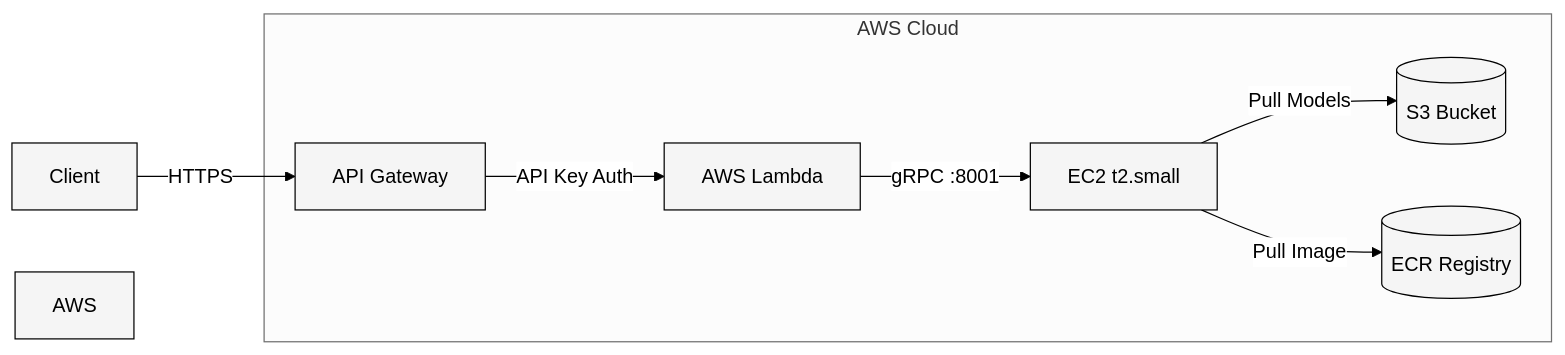
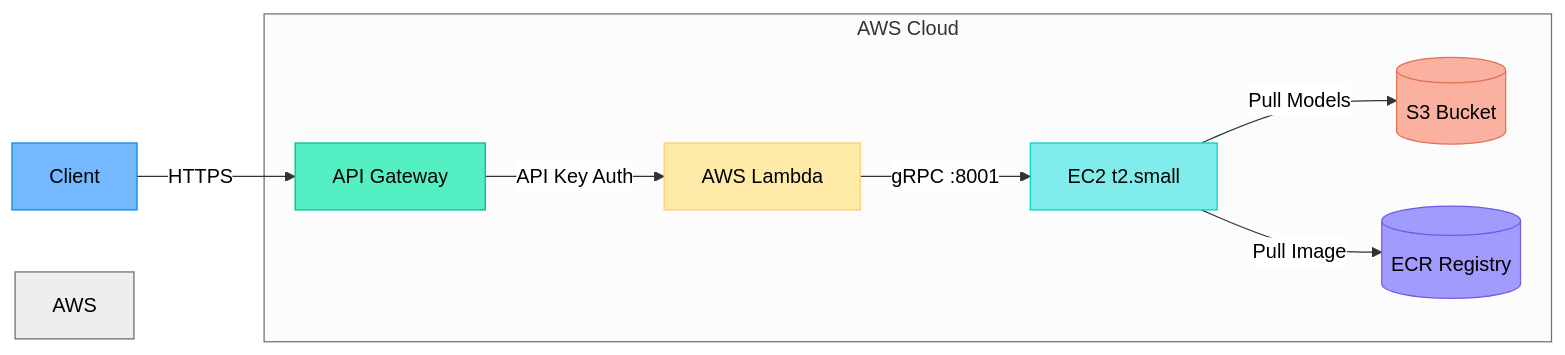
The diagram in poormans-sagemaker.md (dochristy/triton-test), drawn with Mermaid before and after one commit.

````diff
--- a/poormans-sagemaker.md
+++ b/poormans-sagemaker.md
@@ -7,27 +7,27 @@
 ```mermaid
-%%{init: {'theme': 'neutral', 'themeVariables': { 'fontFamily': 'arial', 'primaryColor': '#ffffff', 'primaryTextColor': '#000000', 'lineColor': '#000000', 'edgeLabelBackground': '#ffffff'}}}%%
+%%{init: {'theme': 'neutral', 'themeVariables': { 'fontFamily': 'arial', 'primaryColor': '#ffffff', 'primaryTextColor': '#000000', 'lineColor': '#2d3436', 'edgeLabelBackground': '#ffffff'}}}%%
 flowchart LR
     Client[Client]
     API[API Gateway]
     Lambda[AWS Lambda]
     EC2[EC2 t2.small]
     S3[(S3 Bucket)]
     ECR[(ECR Registry)]
     
     subgraph AWS Cloud
         API --> |API Key Auth|Lambda
         Lambda --> |gRPC :8001|EC2
         EC2 --> |Pull Models|S3
         EC2 --> |Pull Image|ECR
     end
     
     Client --> |HTTPS|API
     
-    style Client fill:#f5f5f5,stroke:#000000
-    style AWS fill:#f5f5f5,stroke:#000000
-    style API fill:#f5f5f5,stroke:#000000
-    style Lambda fill:#f5f5f5,stroke:#000000
-    style EC2 fill:#f5f5f5,stroke:#000000
-    style S3 fill:#f5f5f5,stroke:#000000
-    style ECR fill:#f5f5f5,stroke:#000000
+    style Client fill:#74b9ff,stroke:#0984e3,color:#000000
+    style AWS Cloud fill:#dfe6e9,stroke:#636e72,color:#000000
+    style API fill:#55efc4,stroke:#00b894,color:#000000
+    style Lambda fill:#ffeaa7,stroke:#fdcb6e,color:#000000
+    style EC2 fill:#81ecec,stroke:#00cec9,color:#000000
+    style S3 fill:#fab1a0,stroke:#e17055,color:#000000
+    style ECR fill:#a29bfe,stroke:#6c5ce7,color:#000000
 ```
````
